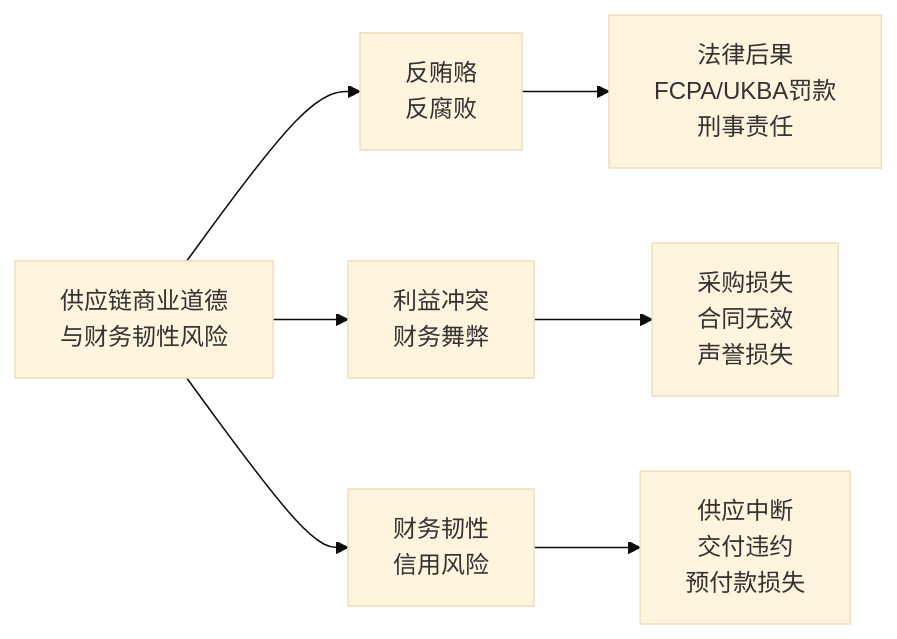
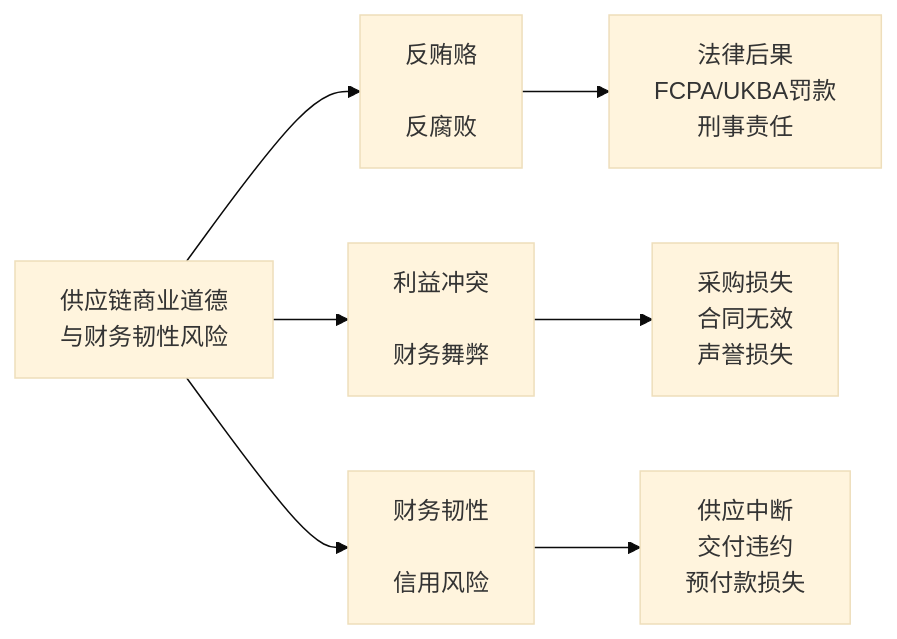
The first of 6 diagrams in docs/zh/ethics-guide.md (ddg-cn/ddg-site), drawn with Mermaid (base theme) before and after one commit. The commit also changed other lines of this file and 11 other files, not shown here.

````diff
--- a/docs/zh/ethics-guide.md
+++ b/docs/zh/ethics-guide.md
@@ -62,9 +64,9 @@
 ```mermaid
 flowchart LR
-    A[供应链商业道德<br/>与财务韧性风险] --> B[反贿赂<br/>反腐败]
-    A --> C[利益冲突<br/>财务舞弊]
-    A --> D[财务韧性<br/>信用风险]
+    A[供应链商业道德<br/>与财务韧性风险] --> B[反贿赂<br/><br/>反腐败]
+    A --> C[利益冲突<br/><br/>财务舞弊]
+    A --> D[财务韧性<br/><br/>信用风险]
     B --> B1["法律后果<br/>FCPA/UKBA罚款<br/>刑事责任"]
     C --> C1["采购损失<br/>合同无效<br/>声誉损失"]
     D --> D1["供应中断<br/>交付违约<br/>预付款损失"]
 ```
````
